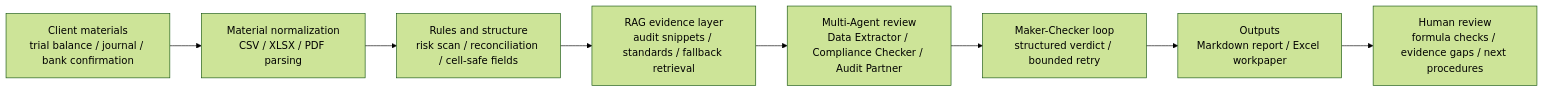
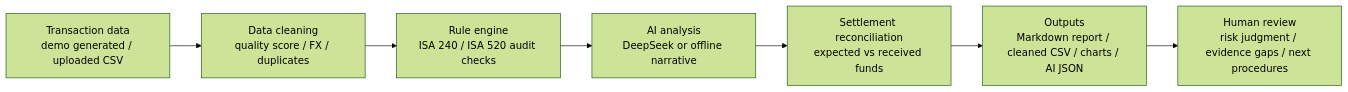
Before and after one commit to wangzichang224-design/cross_border_audit_agent: the diagram in README.md, drawn with Mermaid (forest theme). The commit also changed other lines of this file and 13 other files, not shown here.

Commit message:
docs: restore fund-flow audit demo focus

````diff
--- a/README.md
+++ b/README.md
@@ -74,10 +69,9 @@
 ```mermaid
 flowchart LR
-    A["Client materials<br/>trial balance / journal / bank confirmation"] --> B["Material normalization<br/>CSV / XLSX / PDF parsing"]
-    B --> C["Rules and structure<br/>risk scan / reconciliation / cell-safe fields"]
-    C --> D["RAG evidence layer<br/>audit snippets / standards / fallback retrieval"]
-    D --> E["Multi-Agent review<br/>Data Extractor / Compliance Checker / Audit Partner"]
-    E --> F["Maker-Checker loop<br/>structured verdict / bounded retry"]
-    F --> G["Outputs<br/>Markdown report / Excel workpaper"]
-    G --> H["Human review<br/>formula checks / evidence gaps / next procedures"]
+    A["Transaction data<br/>demo generated / uploaded CSV"] --> B["Data cleaning<br/>quality score / FX / duplicates"]
+    B --> C["Rule engine<br/>ISA 240 / ISA 520 audit checks"]
+    C --> D["AI analysis<br/>DeepSeek or offline narrative"]
+    D --> E["Settlement reconciliation<br/>expected vs received funds"]
+    E --> F["Outputs<br/>Markdown report / cleaned CSV / charts / AI JSON"]
+    F --> G["Human review<br/>risk judgment / evidence gaps / next procedures"]
 ```
````
